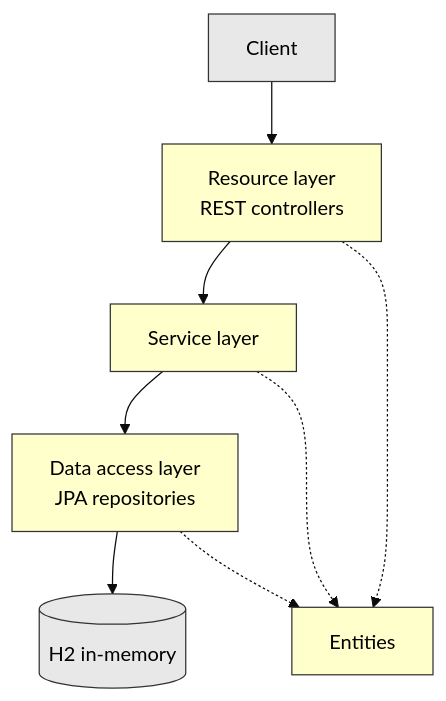
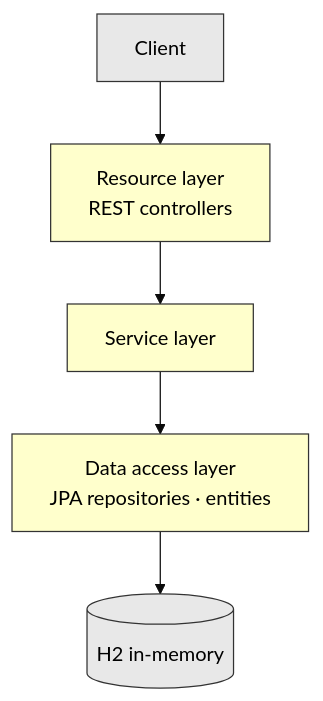
One commit to nathan00pdl/spring-boot-sales-order-api changed the diagram in docs/architecture.mmd. Above: the diagram before and after it, drawn with Mermaid (base theme). The commit also changed 4 other files, not shown here.

Commit message:
docs: widen the side margins and put every diagram on one axis

```diff
--- a/docs/architecture.mmd
+++ b/docs/architecture.mmd
@@ -1,15 +1,11 @@
 flowchart TD
     Client[Client] --> R["Resource layer<br/>REST controllers"]
     R --> S[Service layer]
-    S --> D["Data access layer<br/>JPA repositories"]
+    S --> D["Data access layer<br/>JPA repositories · entities"]
     D --> DB[("H2 in-memory")]
-    R -.-> E[Entities]
-    S -.-> E
-    D -.-> E
 
     style Client fill:#E8E8E8,stroke:#333333,color:#000000
     style R fill:#FFFFCC,stroke:#333333,color:#000000
     style S fill:#FFFFCC,stroke:#333333,color:#000000
     style D fill:#FFFFCC,stroke:#333333,color:#000000
-    style E fill:#FFFFCC,stroke:#333333,color:#000000
     style DB fill:#E8E8E8,stroke:#333333,color:#000000
```
